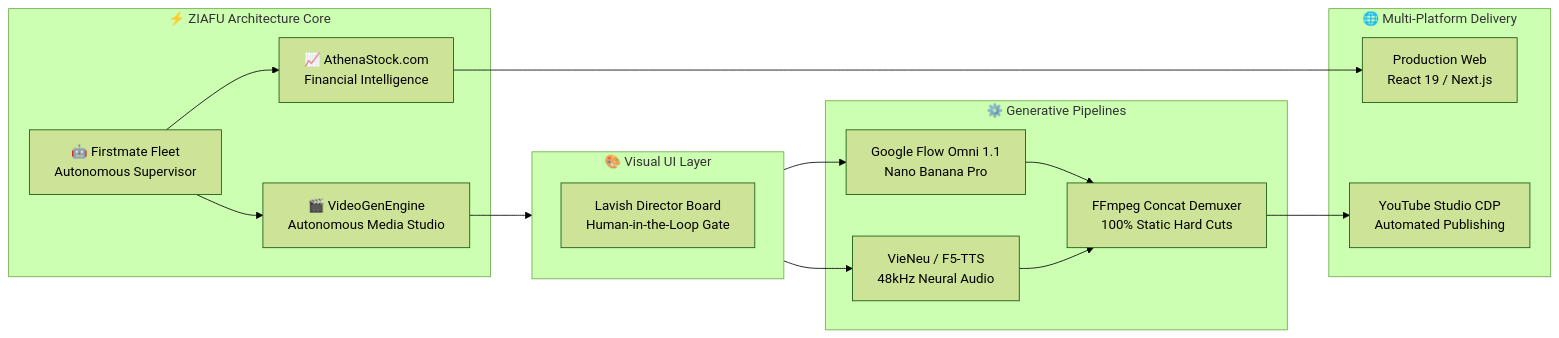
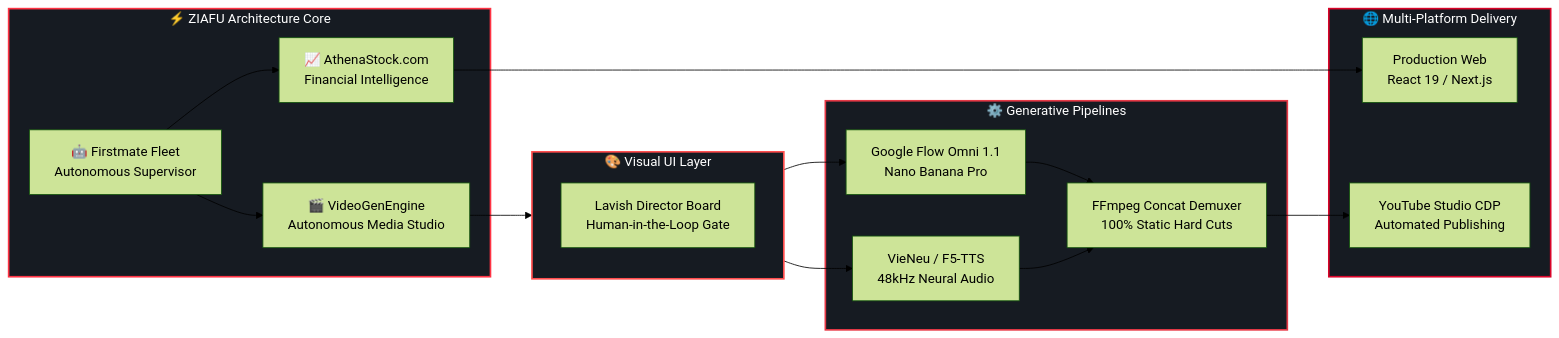
One commit to ziafu000/ziafu000 changed the diagram in README.md. Above: the diagram before and after it, drawn with Mermaid (forest theme). The commit also changed other lines of this file and 1 other file, not shown here.

Commit message:
Unify entire profile visual theme to exclusive Crimson Red palette

````diff
--- a/README.md
+++ b/README.md
@@ -70,33 +70,38 @@
 ```mermaid
 graph LR
     subgraph Core["⚡ ZIAFU Architecture Core"]
         Supervisor["🤖 Firstmate Fleet<br/>Autonomous Supervisor"]
         Production["📈 AthenaStock.com<br/>Financial Intelligence"]
         Studio["🎬 VideoGenEngine<br/>Autonomous Media Studio"]
     end
 
     subgraph VisualGate["🎨 Visual UI Layer"]
         Lavish["Lavish Director Board<br/>Human-in-the-Loop Gate"]
     end
 
     subgraph Engines["⚙️ Generative Pipelines"]
         Flow["Google Flow Omni 1.1<br/>Nano Banana Pro"]
         TTS["VieNeu / F5-TTS<br/>48kHz Neural Audio"]
         FFmpeg["FFmpeg Concat Demuxer<br/>100% Static Hard Cuts"]
     end
 
     subgraph WebDelivery["🌐 Multi-Platform Delivery"]
         Web["Production Web<br/>React 19 / Next.js"]
         YouTube["YouTube Studio CDP<br/>Automated Publishing"]
     end
 
     Supervisor --> Studio
     Studio --> VisualGate
     VisualGate --> Flow
     VisualGate --> TTS
     Flow --> FFmpeg
     TTS --> FFmpeg
     FFmpeg --> YouTube
     Supervisor --> Production
     Production --> Web
+
+    style Core fill:#161b22,stroke:#ff3344,stroke-width:2px,color:#fff
+    style VisualGate fill:#161b22,stroke:#ff4d4d,stroke-width:2px,color:#fff
+    style Engines fill:#161b22,stroke:#e63946,stroke-width:2px,color:#fff
+    style WebDelivery fill:#161b22,stroke:#d90429,stroke-width:2px,color:#fff
 ```
````
